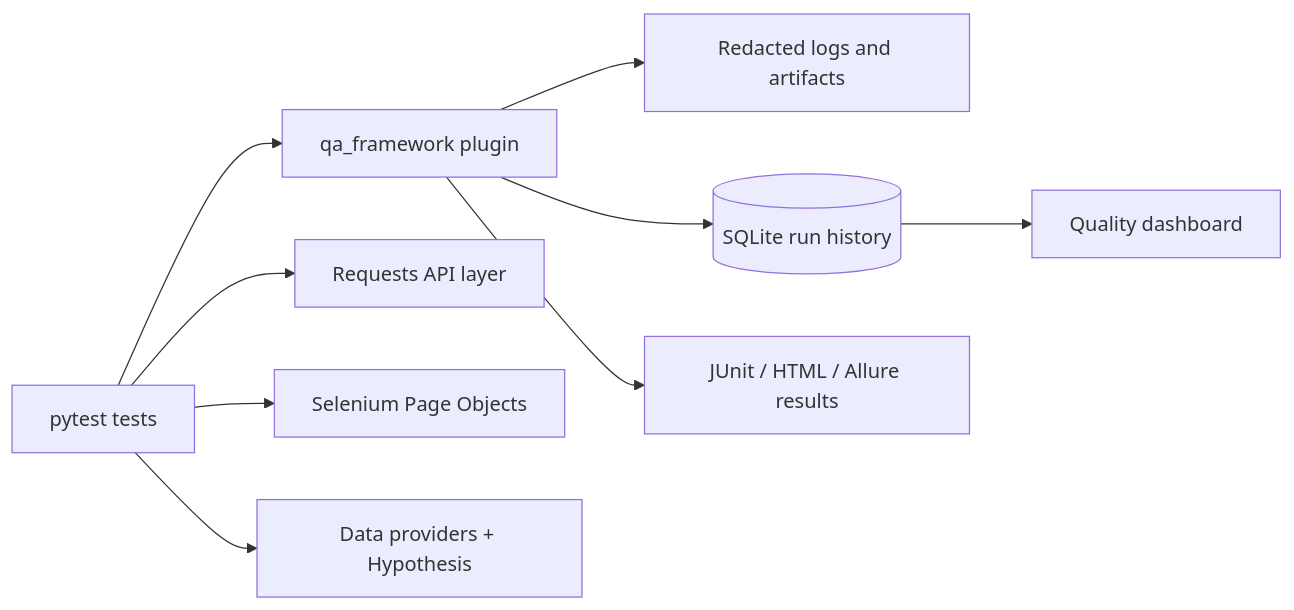
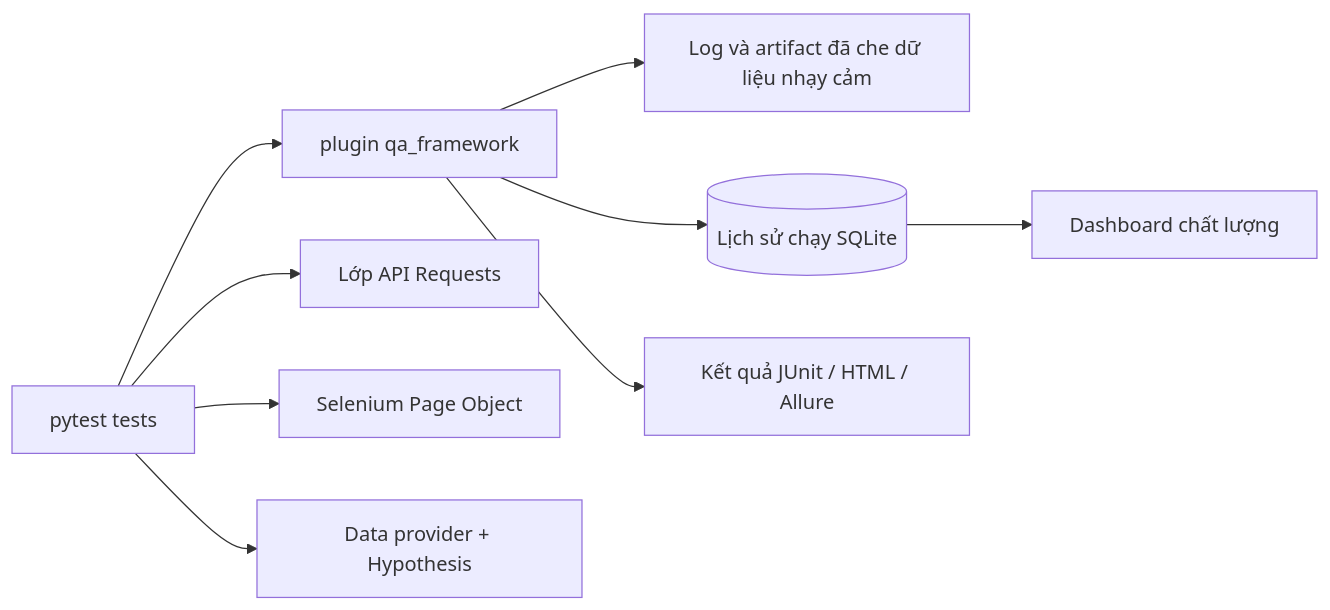
The diagram in README.md (huynguyentan17042004/pytest-quality-lab), drawn with Mermaid before and after one commit. The commit also changed other lines of this file and 15 other files, not shown here.

````diff
--- a/README.md
+++ b/README.md
@@ -23,11 +25,11 @@
 ```mermaid
 flowchart LR
-    T[pytest tests] --> P[qa_framework plugin]
-    T --> API[Requests API layer]
-    T --> UI[Selenium Page Objects]
-    T --> D[Data providers + Hypothesis]
-    P --> L[Redacted logs and artifacts]
-    P --> DB[(SQLite run history)]
-    DB --> Q[Quality dashboard]
-    P --> R[JUnit / HTML / Allure results]
+    T[pytest tests] --> P[plugin qa_framework]
+    T --> API[Lớp API Requests]
+    T --> UI[Selenium Page Object]
+    T --> D[Data provider + Hypothesis]
+    P --> L[Log và artifact đã che dữ liệu nhạy cảm]
+    P --> DB[(Lịch sử chạy SQLite)]
+    DB --> Q[Dashboard chất lượng]
+    P --> R[Kết quả JUnit / HTML / Allure]
 ```
````
